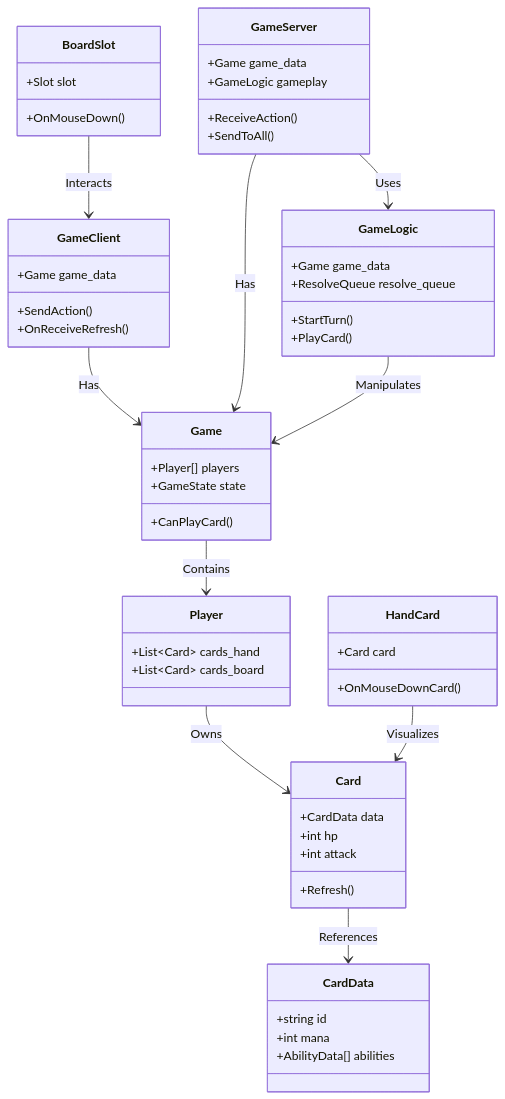
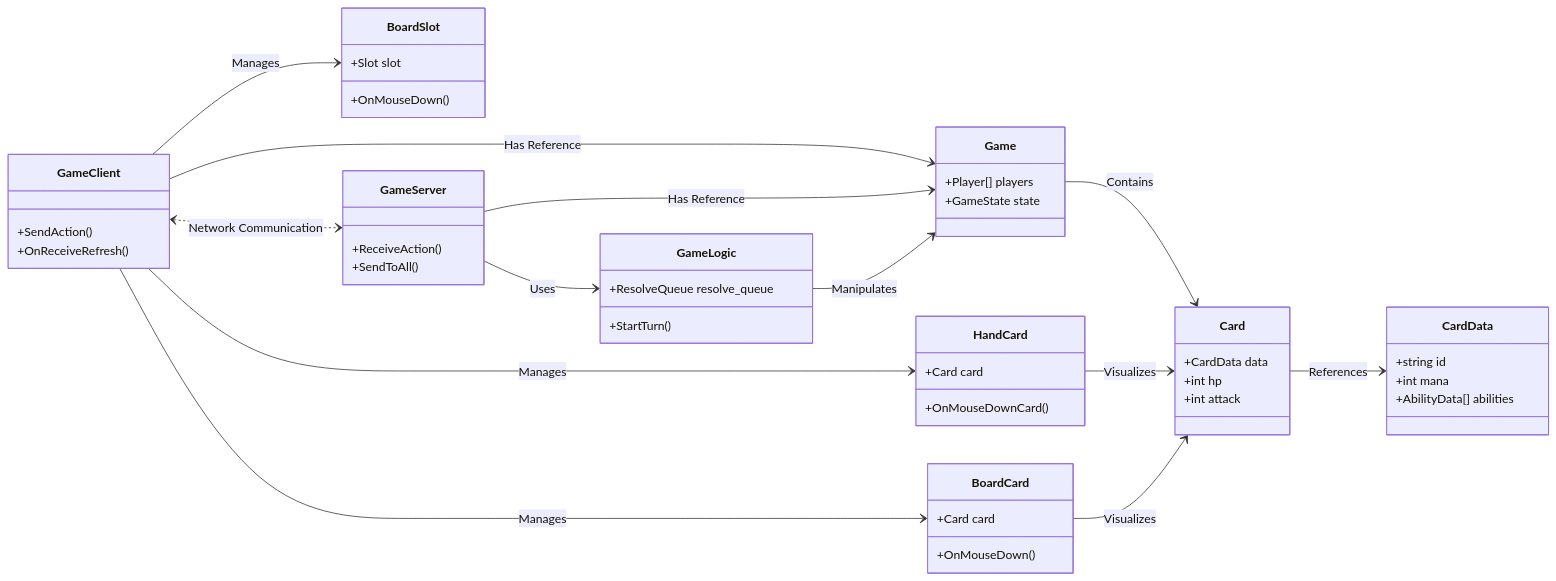
One commit to rosaa9979/CardArchive changed the first of 7 diagrams in README.md. Above: the diagram before and after it, drawn with Mermaid. The commit also changed other lines of this file and 1 other file, not shown here.

````diff
--- a/README.md
+++ b/README.md
@@ -46,58 +43,60 @@
 ```mermaid
 classDiagram
+    direction LR
     class GameClient {
-        +Game game_data
         +SendAction()
         +OnReceiveRefresh()
     }
+    class HandCard {
+        +Card card
+        +OnMouseDownCard()
+    }
+    class BoardCard {
+        +Card card
+        +OnMouseDown()
+    }
+    class BoardSlot {
+        +Slot slot
+        +OnMouseDown()
+    }
+    
     class GameServer {
-        +Game game_data
-        +GameLogic gameplay
         +ReceiveAction()
         +SendToAll()
+    }
+    class GameLogic {
+        +ResolveQueue resolve_queue
+        +StartTurn()
     }
     class Game {
         +Player[] players
         +GameState state
-        +CanPlayCard()
-    }
-    class GameLogic {
-        +Game game_data
-        +ResolveQueue resolve_queue
-        +StartTurn()
-        +PlayCard()
-    }
-    class Player {
-        +List~Card~ cards_hand
-        +List~Card~ cards_board
     }
     class Card {
         +CardData data
         +int hp
         +int attack
-        +Refresh()
     }
     class CardData {
         +string id
         +int mana
         +AbilityData[] abilities
     }
-    class HandCard {
-        +Card card
-        +OnMouseDownCard()
-    }
-    class BoardSlot {
-        +Slot slot
-        +OnMouseDown()
-    }
 
-    GameClient --> Game : Has
-    GameServer --> Game : Has
+    GameClient --> HandCard : Manages
+    GameClient --> BoardCard : Manages
+    GameClient --> BoardSlot : Manages
+    GameClient --> Game : Has Reference
+    
     GameServer --> GameLogic : Uses
+    GameServer --> Game : Has Reference
     GameLogic --> Game : Manipulates
-    Game --> Player : Contains
-    Player --> Card : Owns
+    
+    Game --> Card : Contains
     Card --> CardData : References
+    
     HandCard --> Card : Visualizes
-    BoardSlot --> GameClient : Interacts
+    BoardCard --> Card : Visualizes
+    
+    GameClient <..> GameServer : Network Communication
 ```
````
